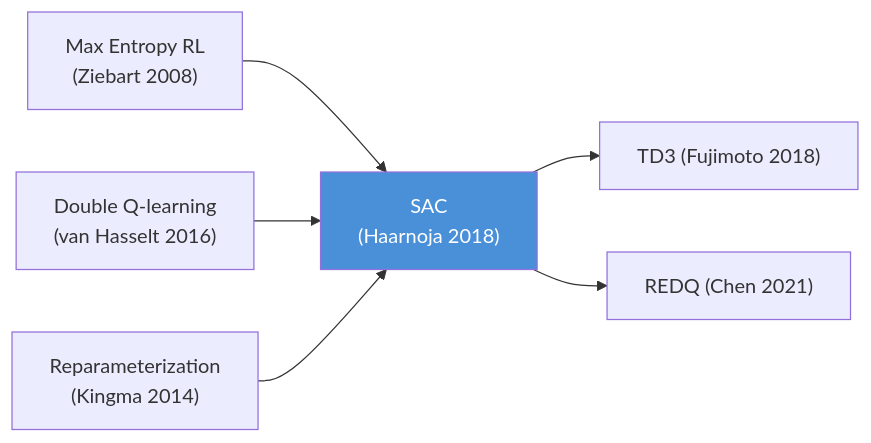
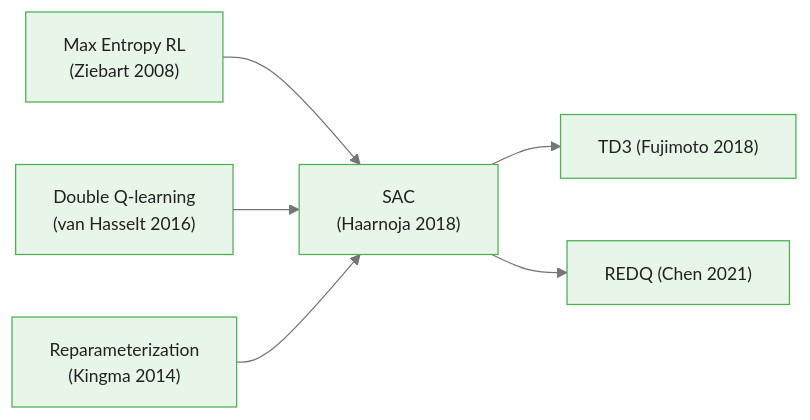
One commit to m-deane/course-creator changed the second of 2 diagrams in courses/reinforcement-learning/modules/module_07_advanced_policy_optimization/guides/03_sac_slides.md. Above: the diagram before and after it, drawn with Mermaid. The commit also changed other lines of this file and 131 other files, not shown here.

````diff
--- a/courses/reinforcement-learning/modules/module_07_advanced_policy_optimization/guides/03_sac_slides.md
+++ b/courses/reinforcement-learning/modules/module_07_advanced_policy_optimization/guides/03_sac_slides.md
@@ -335,9 +391,9 @@
 ```mermaid
+%%{init: {"theme": "base", "themeVariables": {"primaryColor": "#e8f5e9", "primaryBorderColor": "#4caf50", "primaryTextColor": "#212121", "secondaryColor": "#e3f2fd", "tertiaryColor": "#fff8e1", "lineColor": "#757575", "fontFamily": "Inter, sans-serif", "fontSize": "14px"}}}%%
 graph LR
     A["Max Entropy RL\n(Ziebart 2008)"] --> B["SAC\n(Haarnoja 2018)"]
     C["Double Q-learning\n(van Hasselt 2016)"] --> B
     D["Reparameterization\n(Kingma 2014)"] --> B
     B --> E["TD3 (Fujimoto 2018)"]
     B --> F["REDQ (Chen 2021)"]
-    style B fill:#4A90D9,color:#fff
 ```
````
